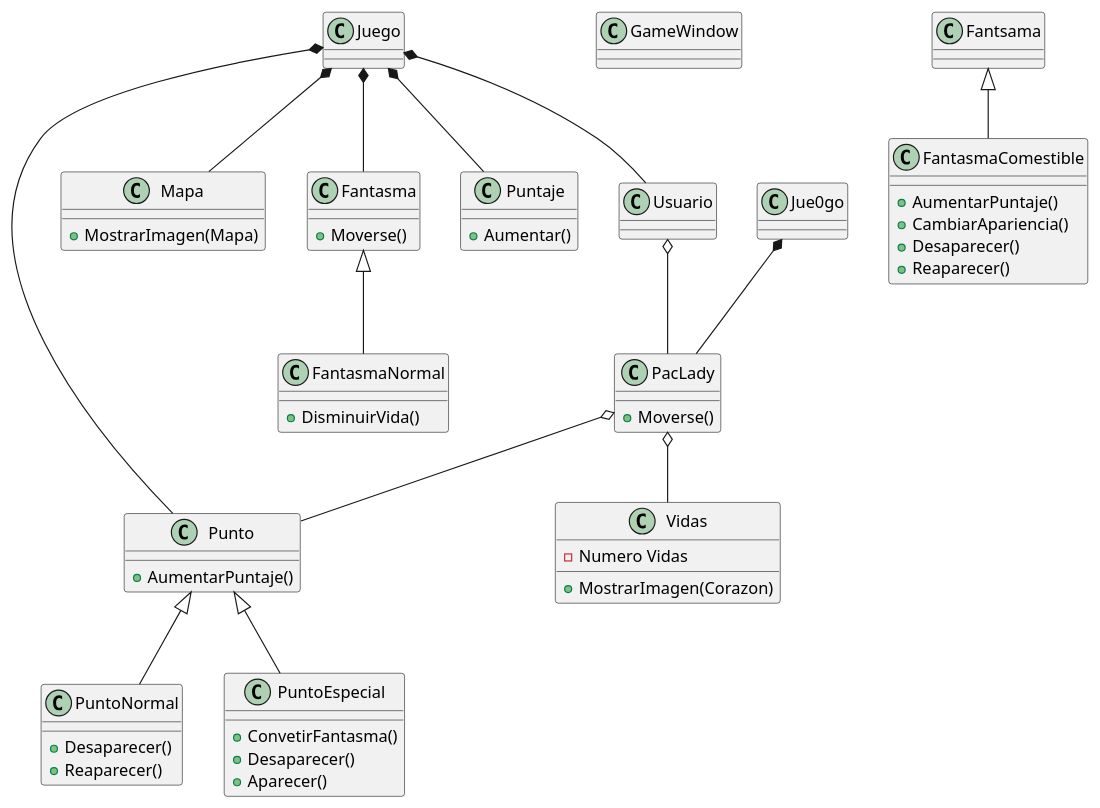
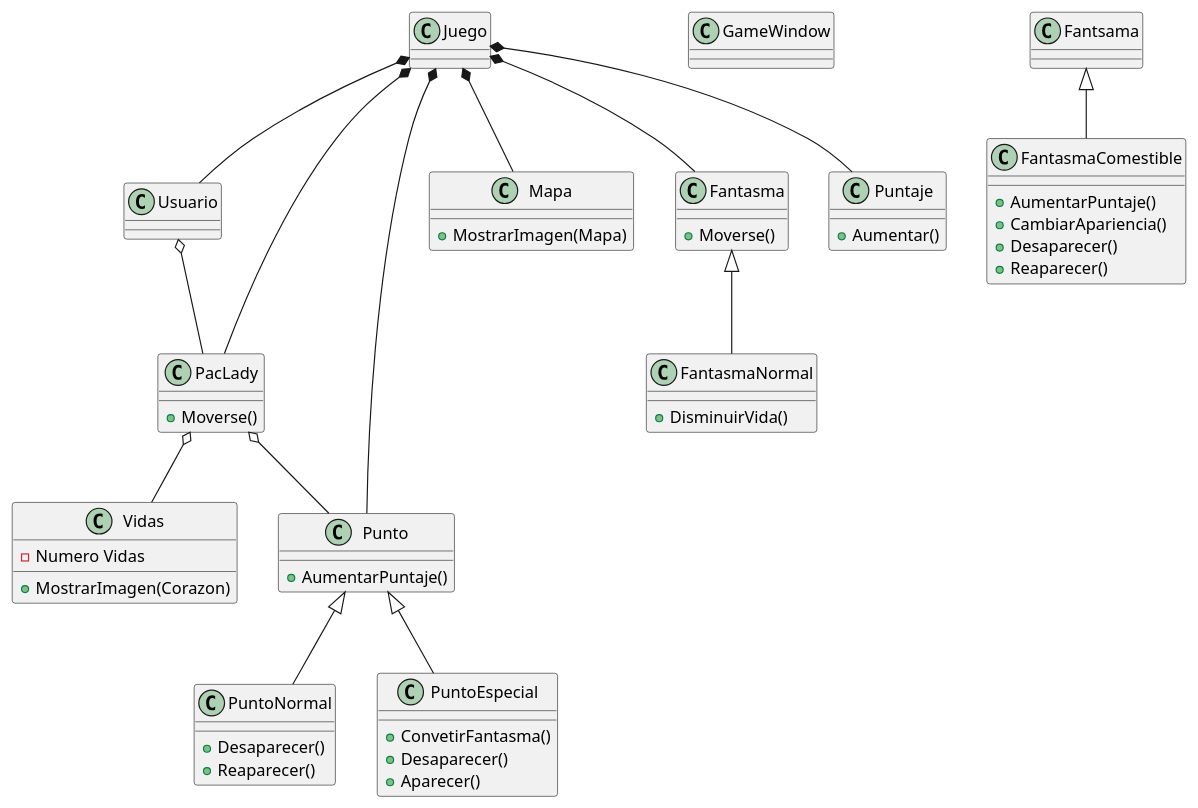
One commit to renata-olvera1/Pac-Lady changed the diagram in docs/diagrama.puml. Above: the diagram before and after it, drawn with PlantUML. The commit also changed 9 other files, not shown here.

```diff
--- a/docs/diagrama.puml
+++ b/docs/diagrama.puml
@@ -1,58 +1,58 @@
 @startuml diagrama
 
 class Juego
 class GameWindow
 class Usuario
 class PacLady{
     +Moverse()
 }
 class Vidas{
     -Numero Vidas
     + MostrarImagen(Corazon)
 }
 class Punto{
     +AumentarPuntaje()
 }
 class PuntoNormal{
     +Desaparecer()
     +Reaparecer()
 }
 class PuntoEspecial{
     +ConvetirFantasma()
     +Desaparecer()
     +Aparecer()
 }
 class Mapa{
     +MostrarImagen(Mapa)
 }
 class Fantasma{
     +Moverse()
 }
 class FantasmaNormal{
     +DisminuirVida()
 }
 class FantasmaComestible{
     +AumentarPuntaje()
     +CambiarApariencia()
     +Desaparecer()
     +Reaparecer()
 }
 class Puntaje{
     +Aumentar()
 }
 
 Juego *-- Usuario
 Juego *-- Puntaje
-Jue0go *-- PacLady
+Juego *-- PacLady
 Juego *-- Punto
 Juego *-- Mapa
 Punto <|-- PuntoNormal 
 Punto <|-- PuntoEspecial
 Juego *-- Fantasma
 Fantsama <|-- FantasmaComestible
 Fantasma <|-- FantasmaNormal
 Usuario o-- PacLady
 PacLady o-- Punto
 PacLady o-- Vidas
 
 @enduml
```
